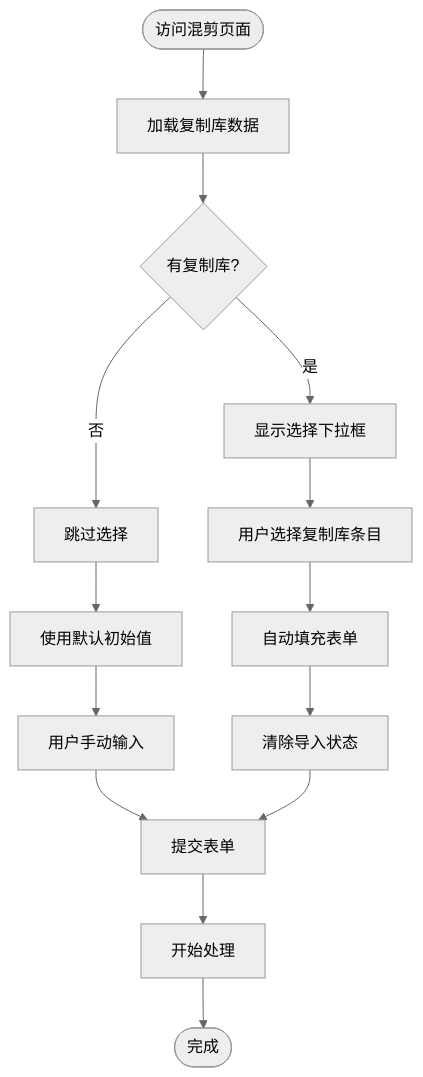
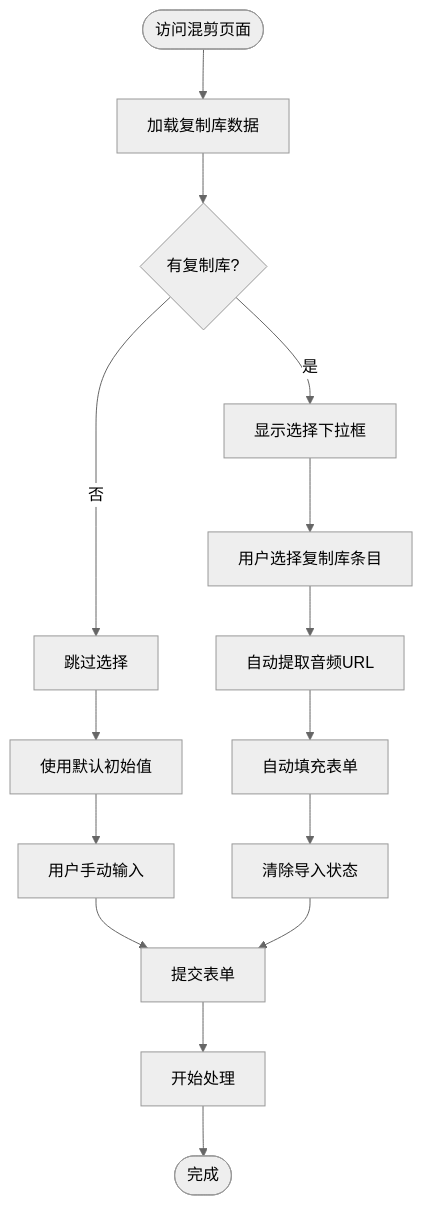
Before and after one commit to hanksd769-droid/sailshub: the fourth of 14 diagrams in .qoder/repowiki/zh/content/前端组件架构/页面组件/混剪功能页面.md, drawn with Mermaid (neutral theme). The commit also changed other lines of this file and 3 other files, not shown here.

````diff
--- a/.qoder/repowiki/zh/content/前端组件架构/页面组件/混剪功能页面.md
+++ b/.qoder/repowiki/zh/content/前端组件架构/页面组件/混剪功能页面.md
@@ -268,16 +275,17 @@
 ```mermaid
 flowchart TD
 Start([访问混剪页面]) --> LoadLibrary[加载复制库数据]
 LoadLibrary --> HasLibrary{有复制库?}
 HasLibrary --> |是| ShowSelect[显示选择下拉框]
 HasLibrary --> |否| SkipSelect[跳过选择]
 ShowSelect --> SelectItem[用户选择复制库条目]
-SelectItem --> FillForm[自动填充表单]
+SelectItem --> ExtractAudio[自动提取音频URL]
+ExtractAudio --> FillForm[自动填充表单]
 FillForm --> ClearState[清除导入状态]
 SkipSelect --> FormInit[使用默认初始值]
 FormInit --> UserInput[用户手动输入]
 UserInput --> Submit[提交表单]
 ClearState --> Submit
 Submit --> Process[开始处理]
 Process --> End([完成])
 ```
````
